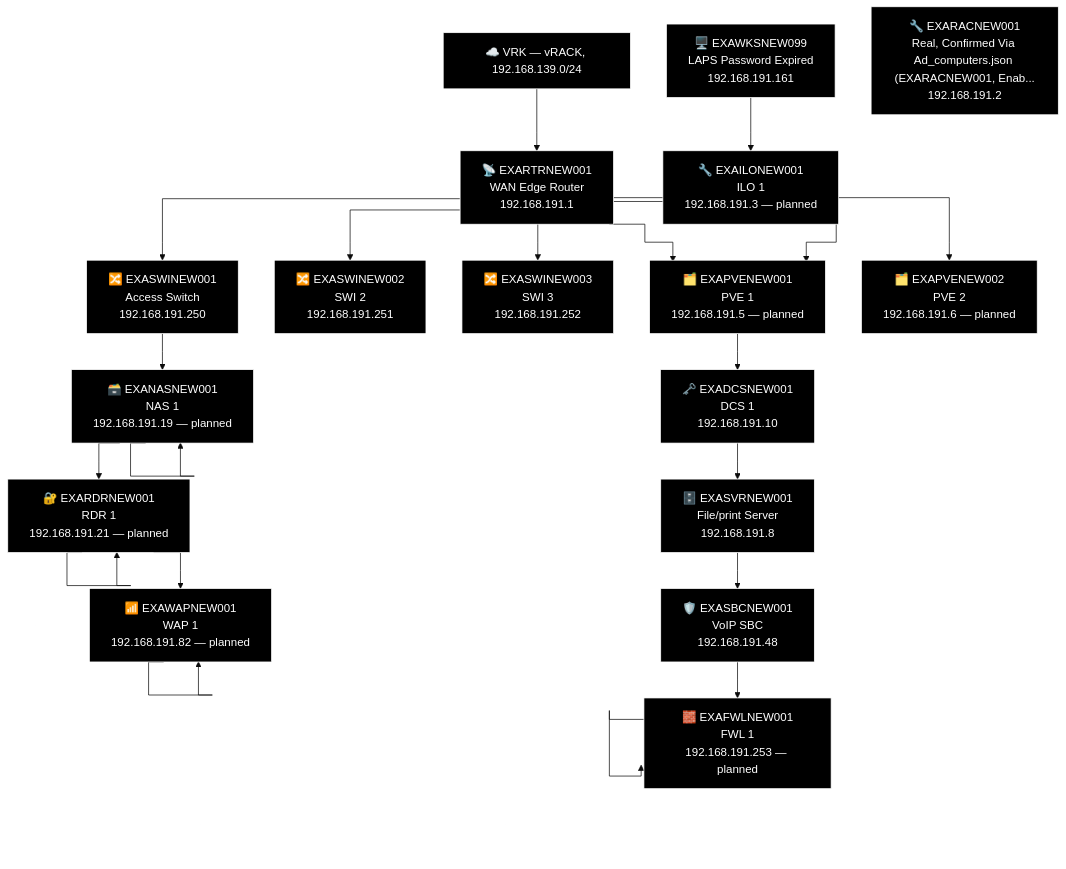
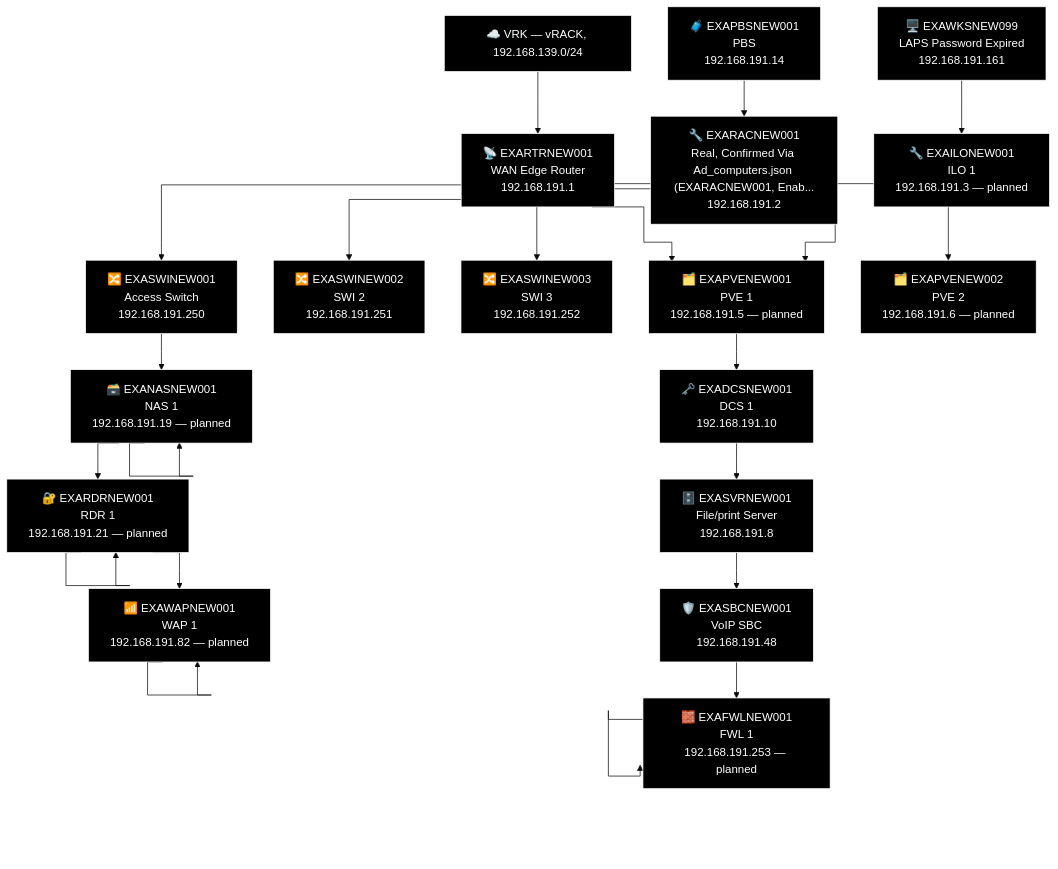
Diagram 15 of 27 in docs/network-diagram/england.md (knightmare2600/example_music_infra), drawn with Mermaid (base theme) before and after one commit. The commit also changed other lines of this file and 14 other files, not shown here.

First line of the commit message:
docs/network-diagram: regenerate, every site was missing its PBS node

````diff
--- a/docs/network-diagram/england.md
+++ b/docs/network-diagram/england.md
@@ -794,60 +802,63 @@
 ```mermaid
 %% GENERATED:TOPOLOGY:NEW:START
 %%{init: {'flowchart': {'curve': 'stepAfter'}}}%%
 graph TD
     T_VRK["☁️ VRK — vRACK, 192.168.139.0/24"]
     T_RTR["📡 EXARTRNEW001<br/>WAN Edge Router<br/>192.168.191.1"]
     T_VRK --> T_RTR
     T_PVE["🗂️ EXAPVENEW001<br/>PVE 1<br/>192.168.191.5"]
     T_RTR --> T_PVE
     T_SWI["🔀 EXASWINEW002<br/>SWI 2<br/>192.168.191.251"]
     T_RTR --> T_SWI
     T_SWI2["🔀 EXASWINEW003<br/>SWI 3<br/>192.168.191.252"]
     T_RTR --> T_SWI2
     T_SWI3["🔀 EXASWINEW001<br/>Access Switch<br/>192.168.191.250"]
     T_RTR --> T_SWI3
     T_PVE["🗂️ EXAPVENEW001<br/>PVE 1<br/>192.168.191.5 — planned"]
     T_RTR --> T_PVE
     T_PVE2["🗂️ EXAPVENEW002<br/>PVE 2<br/>192.168.191.6 — planned"]
     T_RTR --> T_PVE2
     T_NAS["🗃️ EXANASNEW001<br/>NAS<br/>192.168.191.19"]
     T_NAS["🗃️ EXANASNEW001<br/>NAS 1<br/>192.168.191.19 — planned"]
     T_RDR["🔐 EXARDRNEW001<br/>RDR<br/>192.168.191.21"]
     T_RDR["🔐 EXARDRNEW001<br/>RDR 1<br/>192.168.191.21 — planned"]
     T_WAP["📶 EXAWAPNEW001<br/>WAP 1<br/>192.168.191.82"]
     T_WAP["📶 EXAWAPNEW001<br/>WAP 1<br/>192.168.191.82 — planned"]
     T_SWI3 --> T_NAS --> T_NAS --> T_RDR --> T_RDR --> T_WAP --> T_WAP
     T_DCS["🗝️ EXADCSNEW001<br/>DCS 1<br/>192.168.191.10"]
     T_SVR["🗄️ EXASVRNEW001<br/>File/print Server<br/>192.168.191.8"]
     T_SBC["🛡️ EXASBCNEW001<br/>VoIP SBC<br/>192.168.191.48"]
     T_FWL["🧱 EXAFWLNEW001<br/>LAN Face<br/>192.168.191.253"]
     T_FWL["🧱 EXAFWLNEW001<br/>FWL 1<br/>192.168.191.253 — planned"]
     T_PVE --> T_DCS --> T_SVR --> T_SBC --> T_FWL --> T_FWL
+    T_PBS["🧳 EXAPBSNEW001<br/>PBS<br/>192.168.191.14"]
     T_WKS["🖥️ EXAWKSNEW099<br/>LAPS Password Expired<br/>192.168.191.161"]
     T_RAC["🔧 EXARACNEW001<br/>Real, Confirmed Via Ad_computers.json (EXARACNEW001, Enab...<br/>192.168.191.2"]
     T_ILO["🔧 EXAILONEW001<br/>ILO 1<br/>192.168.191.3 — planned"]
+    T_PBS --> T_RAC
     T_WKS --> T_ILO
     style T_VRK fill:#000000,stroke:#FFFFFF,color:#FFFFFF
     style T_RTR fill:#000000,stroke:#FFFFFF,color:#FFFFFF
     style T_PVE fill:#000000,stroke:#FFFFFF,color:#FFFFFF
     style T_SWI fill:#000000,stroke:#FFFFFF,color:#FFFFFF
     style T_SWI2 fill:#000000,stroke:#FFFFFF,color:#FFFFFF
     style T_SWI3 fill:#000000,stroke:#FFFFFF,color:#FFFFFF
     style T_PVE fill:#000000,stroke:#FFFFFF,color:#FFFFFF
     style T_PVE2 fill:#000000,stroke:#FFFFFF,color:#FFFFFF
     style T_NAS fill:#000000,stroke:#FFFFFF,color:#FFFFFF
     style T_NAS fill:#000000,stroke:#FFFFFF,color:#FFFFFF
     style T_RDR fill:#000000,stroke:#FFFFFF,color:#FFFFFF
     style T_RDR fill:#000000,stroke:#FFFFFF,color:#FFFFFF
     style T_WAP fill:#000000,stroke:#FFFFFF,color:#FFFFFF
     style T_WAP fill:#000000,stroke:#FFFFFF,color:#FFFFFF
     style T_DCS fill:#000000,stroke:#FFFFFF,color:#FFFFFF
     style T_SVR fill:#000000,stroke:#FFFFFF,color:#FFFFFF
     style T_SBC fill:#000000,stroke:#FFFFFF,color:#FFFFFF
     style T_FWL fill:#000000,stroke:#FFFFFF,color:#FFFFFF
     style T_FWL fill:#000000,stroke:#FFFFFF,color:#FFFFFF
+    style T_PBS fill:#000000,stroke:#FFFFFF,color:#FFFFFF
     style T_WKS fill:#000000,stroke:#FFFFFF,color:#FFFFFF
     style T_RAC fill:#000000,stroke:#FFFFFF,color:#FFFFFF
     style T_ILO fill:#000000,stroke:#FFFFFF,color:#FFFFFF
 %% GENERATED:TOPOLOGY:NEW:END
 ```
````
